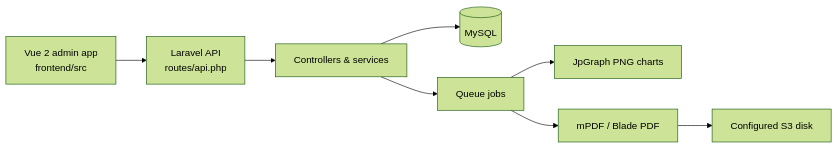
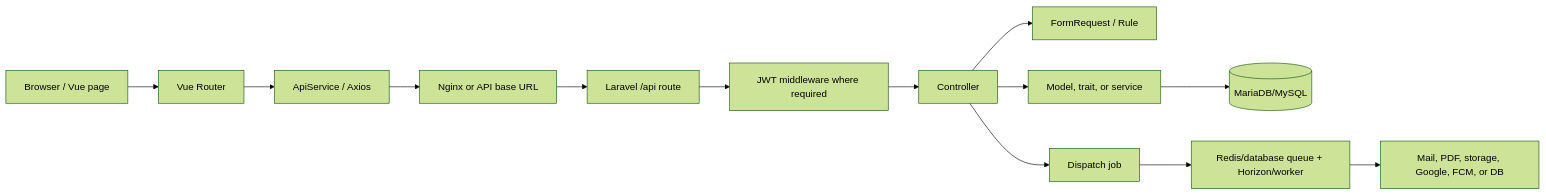
One commit to btshivamgupta-prog/bt-docs changed the diagram in public/content/cmworkz/architecture/system-architecture.md. Above: the diagram before and after it, drawn with Mermaid (forest theme). The commit also changed other lines of this file and 68 other files, not shown here.

````diff
--- a/public/content/cmworkz/architecture/system-architecture.md
+++ b/public/content/cmworkz/architecture/system-architecture.md
@@ -5,10 +21,15 @@
-```mermaid
+~~~mermaid
 flowchart LR
-  UI[Vue 2 admin app<br/>frontend/src] --> API[Laravel API<br/>routes/api.php]
-  API --> C[Controllers & services]
-  C --> DB[(MySQL)]
-  C --> Q[Queue jobs]
-  Q --> Charts[JpGraph PNG charts]
-  Q --> PDF[mPDF / Blade PDF]
-  PDF --> S3[Configured S3 disk]
-```
+  B[Browser / Vue page] --> R[Vue Router]
+  R --> A[ApiService / Axios]
+  A --> N[Nginx or API base URL]
+  N --> L[Laravel /api route]
+  L --> M[JWT middleware where required]
+  M --> C[Controller]
+  C --> V[FormRequest / Rule]
+  C --> S[Model, trait, or service]
+  S --> D[(MariaDB/MySQL)]
+  C --> Q[Dispatch job]
+  Q --> H[Redis/database queue + Horizon/worker]
+  H --> E[Mail, PDF, storage, Google, FCM, or DB]
+~~~
````
